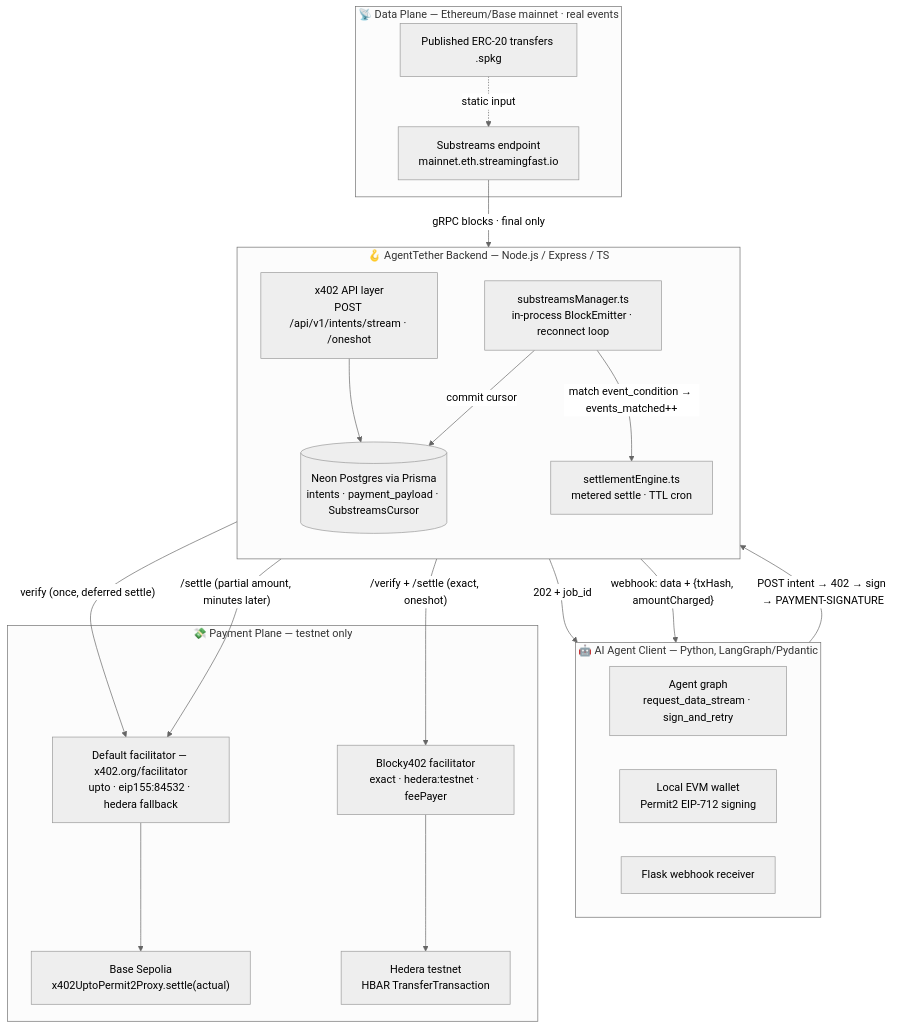
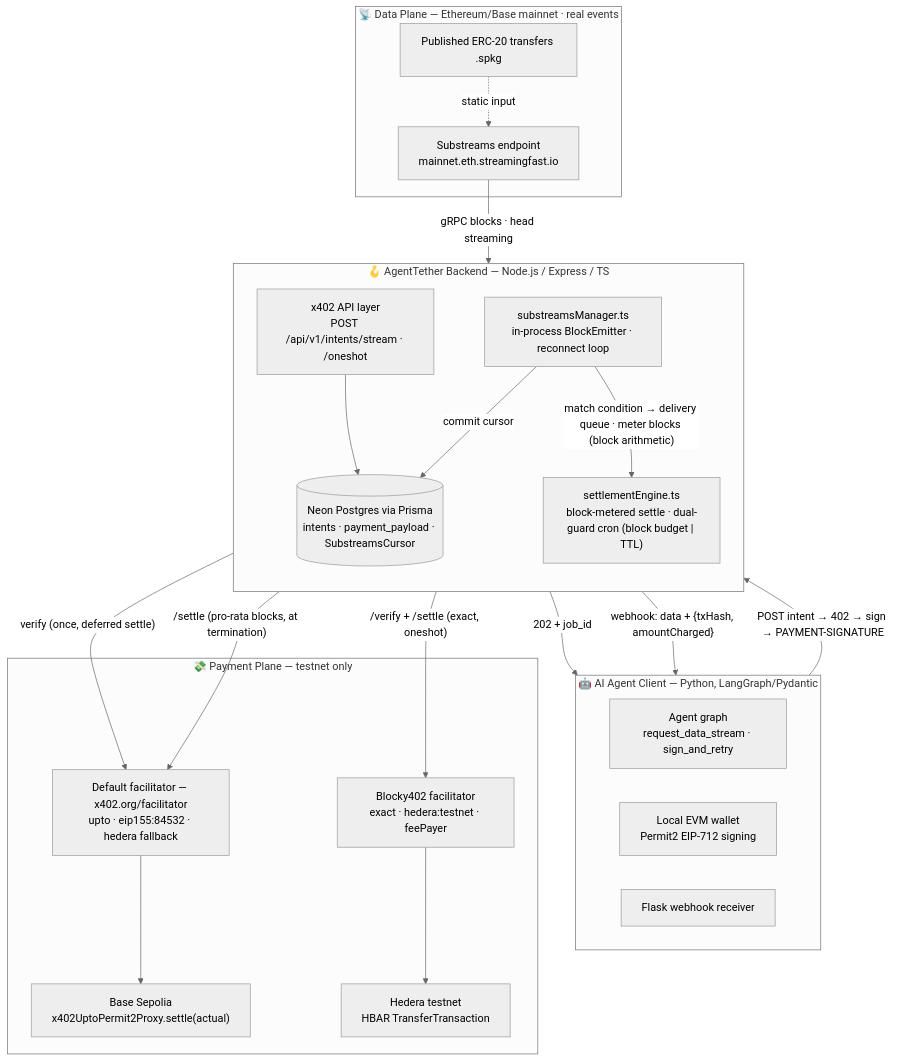
One commit to roderickhodgson/AgentTether changed the first of 3 diagrams in README.md. Above: the diagram before and after it, drawn with Mermaid (neutral theme). The commit also changed other lines of this file and 1 other file, not shown here.

Commit message:
sweep readme and agents notes for the per-block model

````diff
--- a/README.md
+++ b/README.md
@@ -34,43 +34,43 @@
 ```mermaid
 flowchart TB
     subgraph Agent["🤖 AI Agent Client — Python, LangGraph/Pydantic"]
         direction LR
         Graph["Agent graph<br/>request_data_stream · sign_and_retry"]
         Wallet["Local EVM wallet<br/>Permit2 EIP-712 signing"]
         Flask["Flask webhook receiver"]
     end
 
     subgraph Backend["🪝 AgentTether Backend — Node.js / Express / TS"]
         direction TB
         API["x402 API layer<br/>POST /api/v1/intents/stream · /oneshot"]
         Stream["substreamsManager.ts<br/>in-process BlockEmitter · reconnect loop"]
-        Engine["settlementEngine.ts<br/>metered settle · TTL cron"]
+        Engine["settlementEngine.ts<br/>block-metered settle · dual-guard cron (block budget | TTL)"]
         DB[("Neon Postgres via Prisma<br/>intents · payment_payload · SubstreamsCursor")]
     end
 
     subgraph DataPlane["📡 Data Plane — Ethereum/Base mainnet · real events"]
         SPKG["Published ERC-20 transfers .spkg"]
         EP["Substreams endpoint<br/>mainnet.eth.streamingfast.io"]
     end
 
     subgraph PaymentPlane["💸 Payment Plane — testnet only"]
         FAC["Default facilitator — x402.org/facilitator<br/>upto · eip155:84532 · hedera fallback"]
         BLOCKY["Blocky402 facilitator<br/>exact · hedera:testnet · feePayer"]
         BASE["Base Sepolia<br/>x402UptoPermit2Proxy.settle(actual)"]
         HEDERA["Hedera testnet<br/>HBAR TransferTransaction"]
     end
 
     Graph -->|"POST intent → 402 → sign → PAYMENT-SIGNATURE"| API
     API -->|"202 + job_id"| Graph
     API --> DB
     Stream -->|"commit cursor"| DB
-    EP -->|"gRPC blocks · final only"| Stream
+    EP -->|"gRPC blocks · head streaming"| Stream
     SPKG -.->|"static input"| EP
-    Stream -->|"match event_condition → events_matched++"| Engine
+    Stream -->|"match condition → delivery queue · meter blocks (block arithmetic)"| Engine
     API -->|"verify (once, deferred settle)"| FAC
-    Engine -->|"/settle (partial amount, minutes later)"| FAC
+    Engine -->|"/settle (pro-rata blocks, at termination)"| FAC
     FAC --> BASE
     API -->|"/verify + /settle (exact, oneshot)"| BLOCKY
     BLOCKY --> HEDERA
     Engine -->|"webhook: data + {txHash, amountCharged}"| Flask
 ```
````
